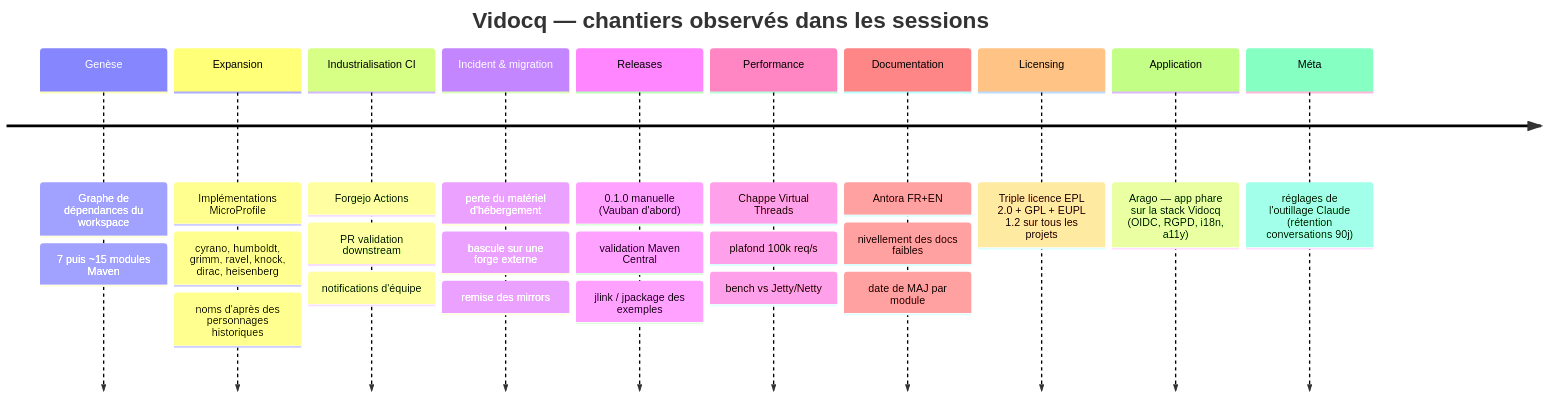
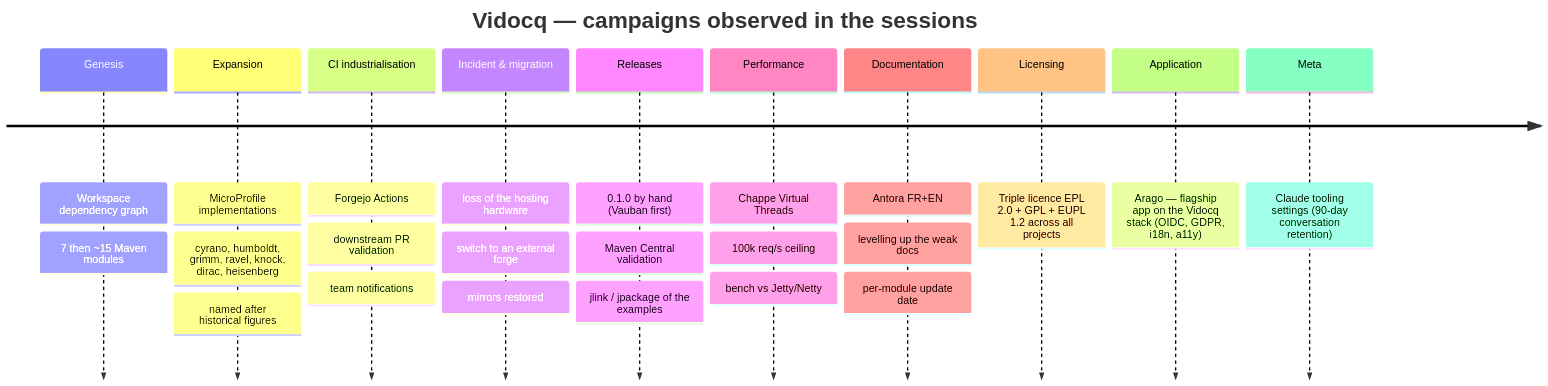
The third of 4 diagrams in WORK_WITH_CLAUDE.md (vidocq-stack/vidocq-workspace), drawn with Mermaid before and after one commit. The commit also changed other lines of this file, not shown here.

First line of the commit message:
Translate WORK_WITH_CLAUDE.md to English

````diff
--- a/WORK_WITH_CLAUDE.md
+++ b/WORK_WITH_CLAUDE.md
@@ -244,14 +261,14 @@
 ```mermaid
 timeline
-    title Vidocq — chantiers observés dans les sessions
-    Genèse        : Graphe de dépendances du workspace : 7 puis ~15 modules Maven
-    Expansion     : Implémentations MicroProfile : cyrano, humboldt, grimm, ravel, knock, dirac, heisenberg : noms d'après des personnages historiques
-    Industrialisation CI : Forgejo Actions : PR validation downstream : notifications d'équipe
-    Incident & migration : perte du matériel d'hébergement : bascule sur une forge externe : remise des mirrors
-    Releases      : 0.1.0 manuelle (Vauban d'abord) : validation Maven Central : jlink / jpackage des exemples
-    Performance   : Chappe Virtual Threads : plafond 100k req/s : bench vs Jetty/Netty
-    Documentation : Antora FR+EN : nivellement des docs faibles : date de MAJ par module
-    Licensing     : Triple licence EPL 2.0 + GPL + EUPL 1.2 sur tous les projets
-    Application   : Arago — app phare sur la stack Vidocq (OIDC, RGPD, i18n, a11y)
-    Méta          : réglages de l'outillage Claude (rétention conversations 90j)
+    title Vidocq — campaigns observed in the sessions
+    Genesis       : Workspace dependency graph : 7 then ~15 Maven modules
+    Expansion     : MicroProfile implementations : cyrano, humboldt, grimm, ravel, knock, dirac, heisenberg : named after historical figures
+    CI industrialisation : Forgejo Actions : downstream PR validation : team notifications
+    Incident & migration : loss of the hosting hardware : switch to an external forge : mirrors restored
+    Releases      : 0.1.0 by hand (Vauban first) : Maven Central validation : jlink / jpackage of the examples
+    Performance   : Chappe Virtual Threads : 100k req/s ceiling : bench vs Jetty/Netty
+    Documentation : Antora FR+EN : levelling up the weak docs : per-module update date
+    Licensing     : Triple licence EPL 2.0 + GPL + EUPL 1.2 across all projects
+    Application   : Arago — flagship app on the Vidocq stack (OIDC, GDPR, i18n, a11y)
+    Meta          : Claude tooling settings (90-day conversation retention)
 ```
````
